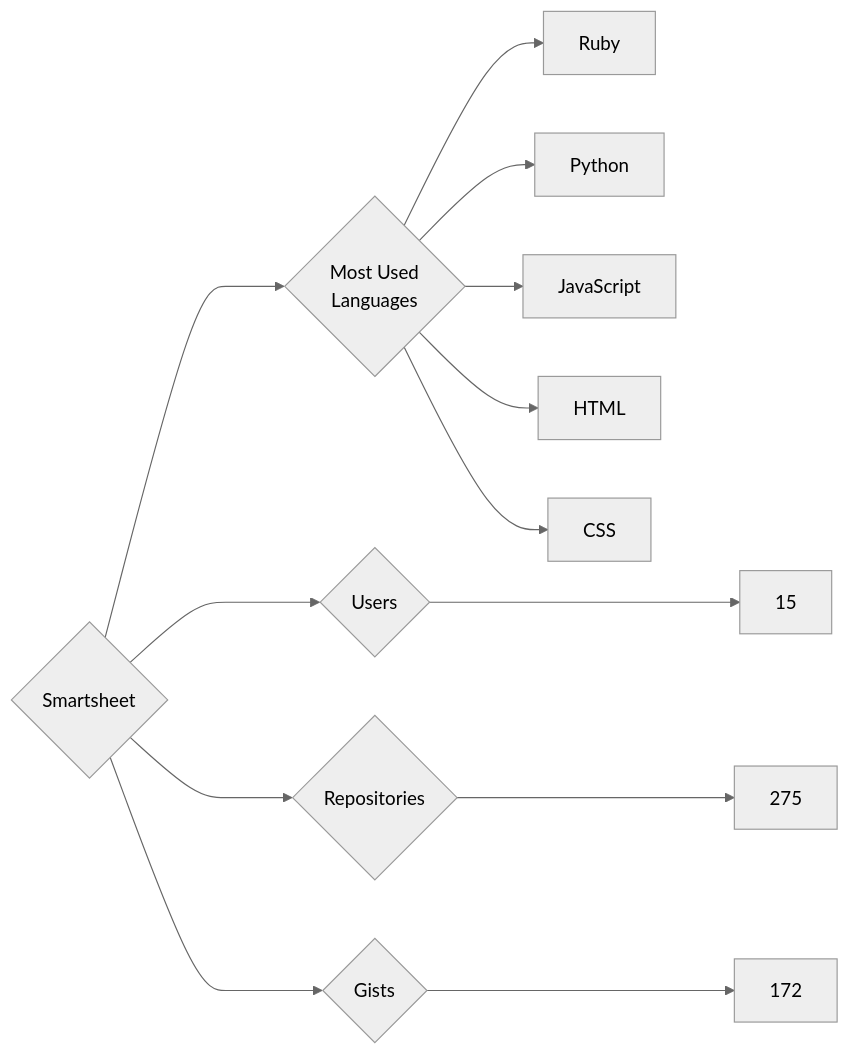
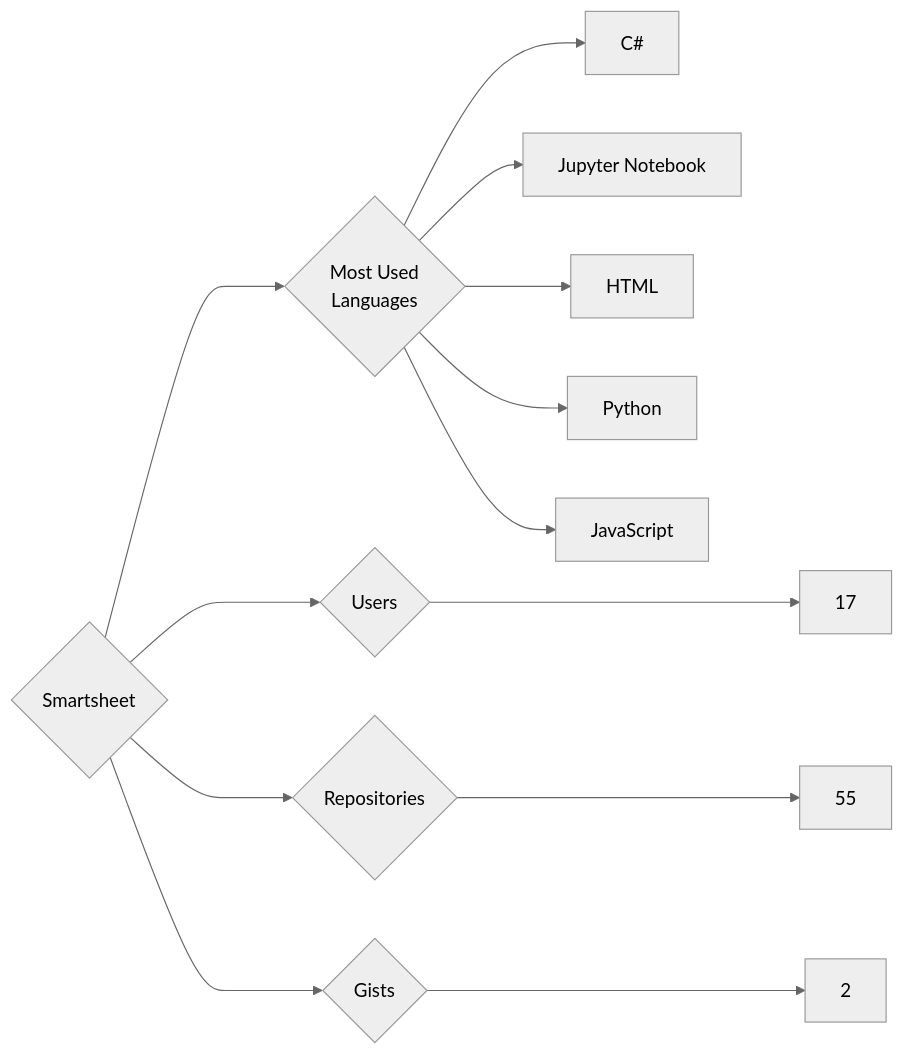
Before and after one commit to trickest/insiders: the diagram in targets/Smartsheet/README.md, drawn with Mermaid (neutral theme). The commit also changed 835 other files, not shown here.

````diff
--- a/targets/Smartsheet/README.md
+++ b/targets/Smartsheet/README.md
@@ -3,13 +3,13 @@
 ```mermaid
 graph LR
 COMPANY_NAME{Smartsheet}
-COMPANY_NAME ---> U{Users} ---> UN[15]
-COMPANY_NAME ---> R{Repositories} ---> RN[275]
-COMPANY_NAME ---> G{Gists} ---> GN[172]
+COMPANY_NAME ---> U{Users} ---> UN[17]
+COMPANY_NAME ---> R{Repositories} ---> RN[55]
+COMPANY_NAME ---> G{Gists} ---> GN[2]
 COMPANY_NAME ---> ML{Most Used<br>Languages}
-ML --> Ruby[Ruby]
+ML --> C#[C#]
+ML --> Jupyter_Notebook[Jupyter Notebook]
+ML --> HTML[HTML]
 ML --> Python[Python]
 ML --> JavaScript[JavaScript]
-ML --> HTML[HTML]
-ML --> CSS[CSS]
 ```
````
